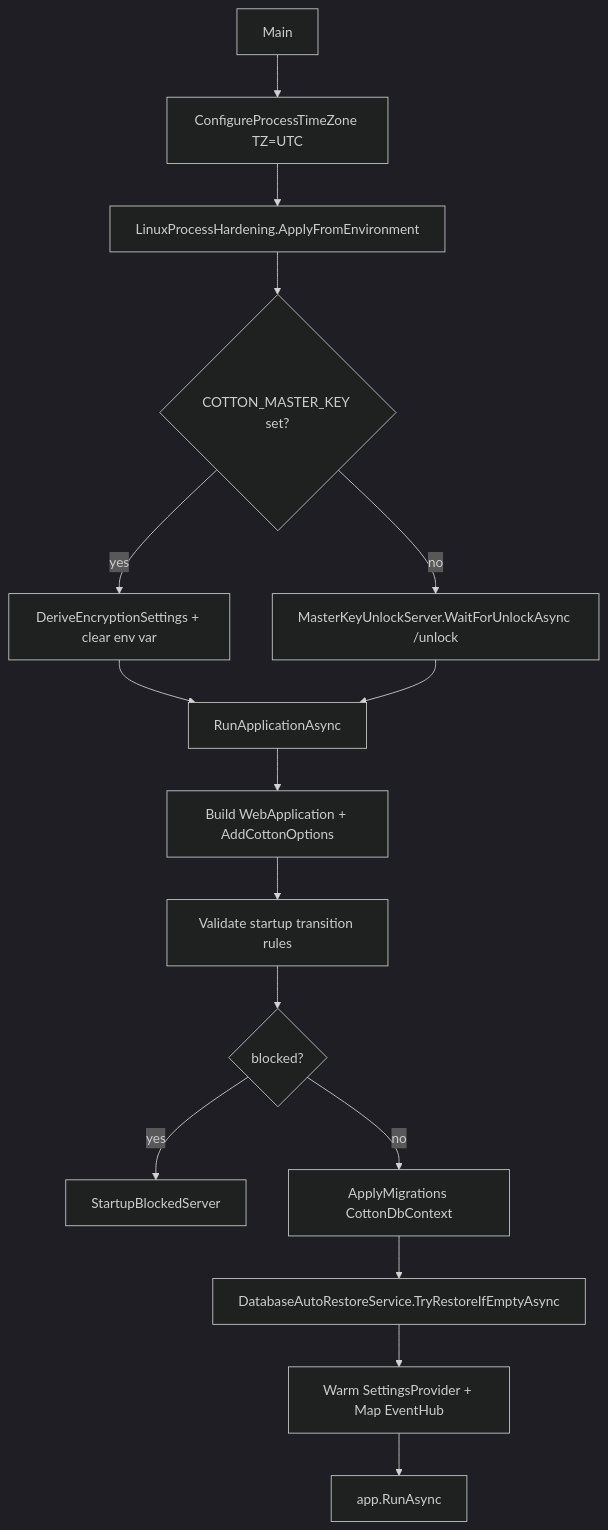
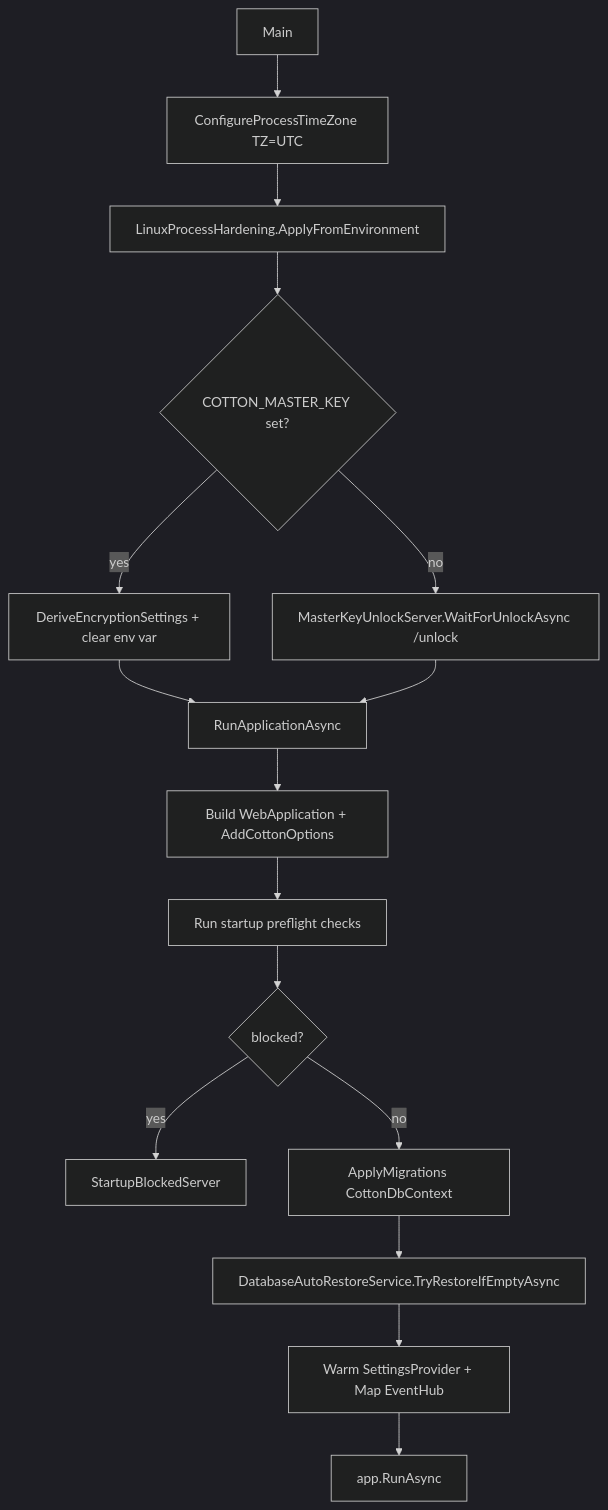
One commit to bvdcode/cotton changed the first of 2 diagrams in docs/technical/27-deployment-operations.md. Above: the diagram before and after it, drawn with Mermaid (dark theme). The commit also changed other lines of this file and 9 other files, not shown here.

````diff
--- a/docs/technical/27-deployment-operations.md
+++ b/docs/technical/27-deployment-operations.md
@@ -14,18 +14,18 @@
 ```mermaid
 flowchart TD
     A[Main] --> B[ConfigureProcessTimeZone TZ=UTC]
     B --> C[LinuxProcessHardening.ApplyFromEnvironment]
     C --> D{COTTON_MASTER_KEY set?}
     D -- yes --> E[DeriveEncryptionSettings + clear env var]
     D -- no --> F[MasterKeyUnlockServer.WaitForUnlockAsync /unlock]
     E --> G[RunApplicationAsync]
     F --> G
     G --> H[Build WebApplication + AddCottonOptions]
-    H --> I[Validate startup transition rules]
+    H --> I[Run startup preflight checks]
     I --> J{blocked?}
     J -- yes --> K[StartupBlockedServer]
     J -- no --> L[ApplyMigrations CottonDbContext]
     L --> M[DatabaseAutoRestoreService.TryRestoreIfEmptyAsync]
     M --> N[Warm SettingsProvider + Map EventHub]
     N --> O[app.RunAsync]
 ```
````
